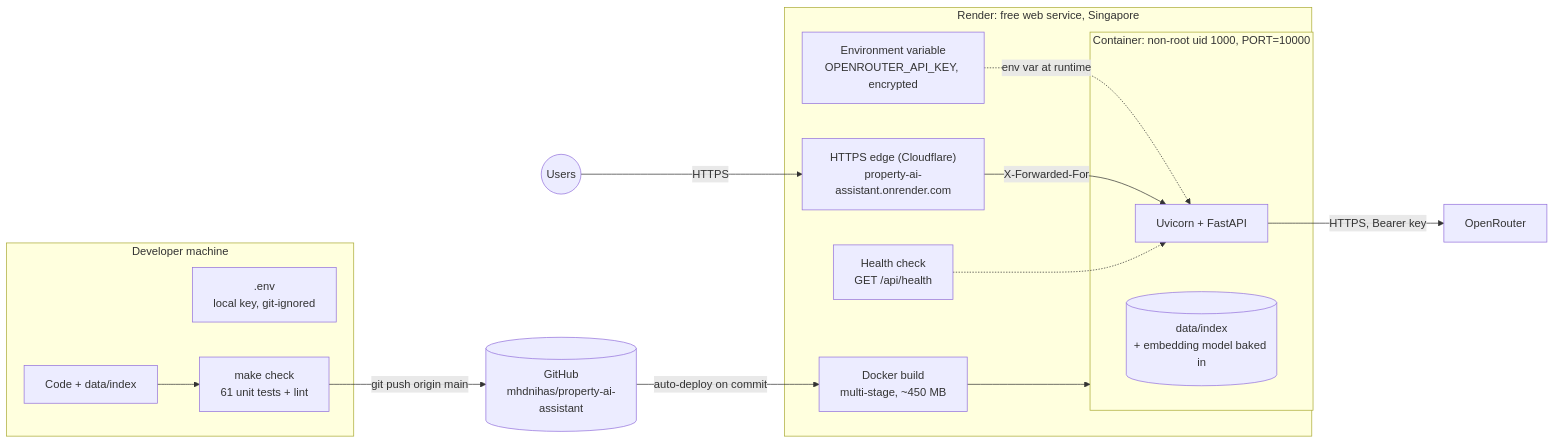
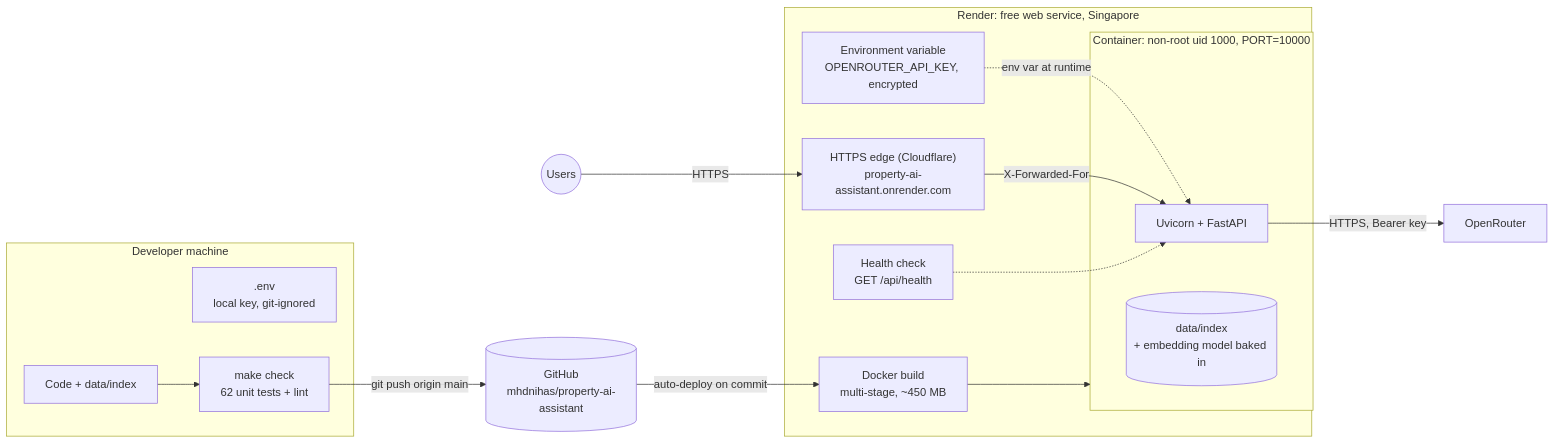
One commit to mhdnihas/property-ai-assistant changed diagram 13 of 14 in docs/ARCHITECTURE.md. Above: the diagram before and after it, drawn with Mermaid. The commit also changed 5 other files, not shown here.

````diff
--- a/docs/ARCHITECTURE.md
+++ b/docs/ARCHITECTURE.md
@@ -506,31 +506,31 @@
 ```mermaid
 flowchart LR
     subgraph DEV["Developer machine"]
         CODE["Code + data/index"]
         ENV[".env<br/>local key, git-ignored"]
-        TEST["make check<br/>61 unit tests + lint"]
+        TEST["make check<br/>62 unit tests + lint"]
         CODE --> TEST
     end
 
     GH[("GitHub<br/>mhdnihas/property-ai-assistant")]
 
     subgraph RENDER["Render: free web service, Singapore"]
         BUILD["Docker build<br/>multi-stage, ~450 MB"]
         SECRET["Environment variable<br/>OPENROUTER_API_KEY, encrypted"]
         subgraph CT["Container: non-root uid 1000, PORT=10000"]
             UV["Uvicorn + FastAPI"]
             IDXC[("data/index<br/>+ embedding model baked in")]
         end
         HC["Health check<br/>GET /api/health"]
         PROXY["HTTPS edge (Cloudflare)<br/>property-ai-assistant.onrender.com"]
     end
 
     USERS(("Users"))
     ORX["OpenRouter"]
 
     TEST -->|"git push origin main"| GH -->|"auto-deploy on commit"| BUILD --> CT
     SECRET -. "env var at runtime" .-> UV
     USERS -->|HTTPS| PROXY -->|"X-Forwarded-For"| UV
     UV -->|"HTTPS, Bearer key"| ORX
     HC -.-> UV
 ```
````
